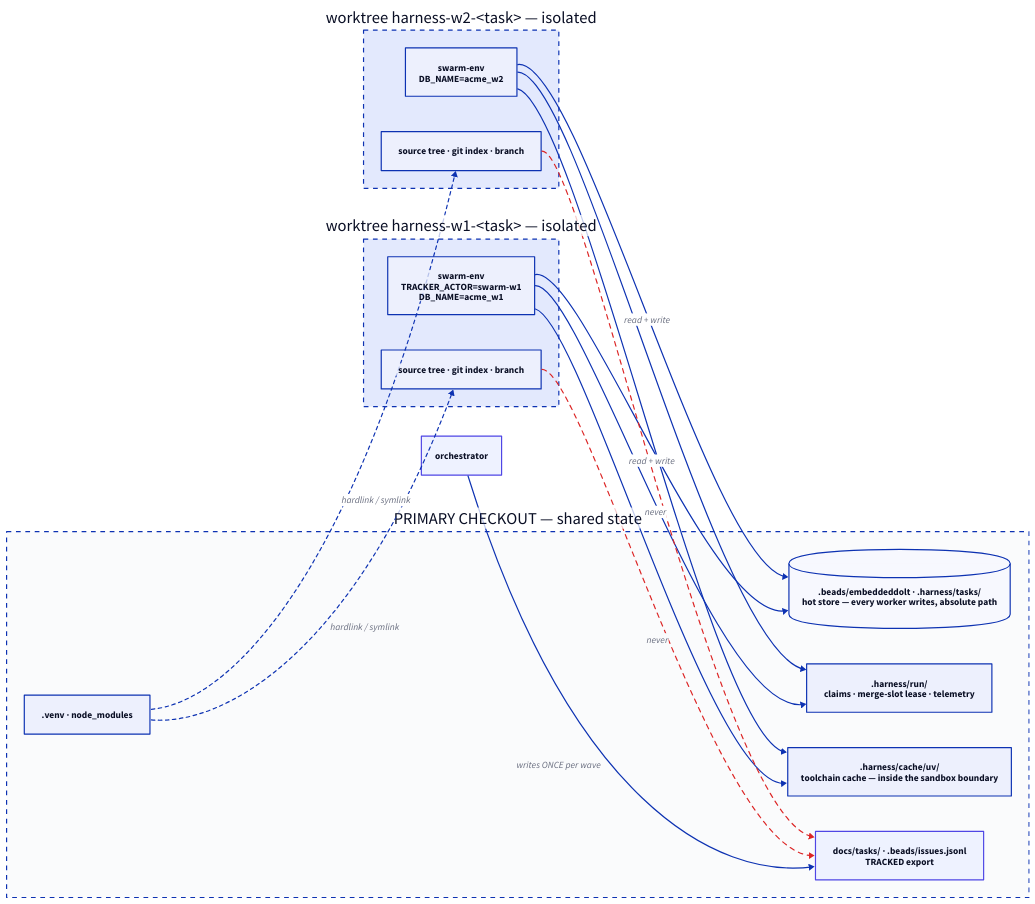
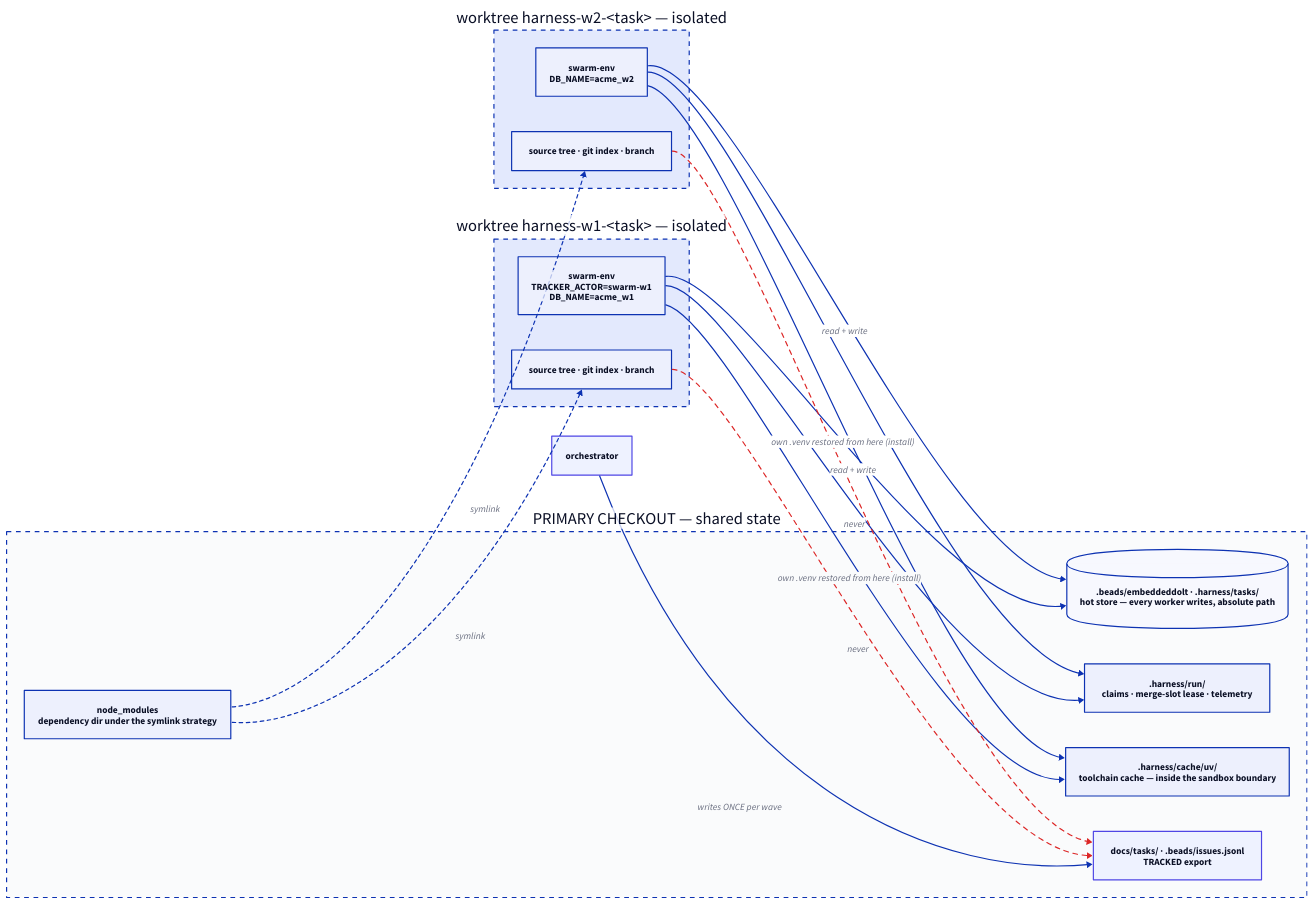
One commit to matt-chalmers/aim changed the diagram in plugins/engineering/mad-harness/docs/assets/src/state-boundaries.d2. Above: the diagram before and after it, drawn with D2. The commit also changed 2 other files, not shown here.

```diff
--- a/plugins/engineering/mad-harness/docs/assets/src/state-boundaries.d2
+++ b/plugins/engineering/mad-harness/docs/assets/src/state-boundaries.d2
@@ -1,36 +1,36 @@
 direction: right
 
 primary: "PRIMARY CHECKOUT — shared state" {
   style: { stroke-dash: 4; fill: "#fafbfc" }
   hot: { label: ".beads/embeddeddolt  ·  .harness/tasks/\nhot store — every worker writes, absolute path"; shape: cylinder }
   run: { label: ".harness/run/\nclaims · merge-slot lease · telemetry" }
   cache: { label: ".harness/cache/uv/\ntoolchain cache — inside the sandbox boundary" }
   export: { label: "docs/tasks/  ·  .beads/issues.jsonl\nTRACKED export"; style: { fill: "#eef2ff"; stroke: "#4f46e5" } }
-  deps: { label: ".venv  ·  node_modules" }
+  deps: { label: "node_modules\ndependency dir under the symlink strategy" }
 }
 
 w1: "worktree harness-w1-<task> — isolated" {
   style.stroke-dash: 4
   src1: "source tree · git index · branch"
   env1: "swarm-env\nTRACKER_ACTOR=swarm-w1\nDB_NAME=acme_w1"
 }
 
 w2: "worktree harness-w2-<task> — isolated" {
   style.stroke-dash: 4
   src2: "source tree · git index · branch"
   env2: "swarm-env\nDB_NAME=acme_w2"
 }
 
 orch: orchestrator { style: { fill: "#eef2ff"; stroke: "#4f46e5" } }
 
 w1.env1 -> primary.hot: "read + write"
 w2.env2 -> primary.hot: "read + write"
 w1.env1 -> primary.run
 w2.env2 -> primary.run
-w1.env1 -> primary.cache
-w2.env2 -> primary.cache
-primary.deps -> w1.src1: "hardlink / symlink" { style.stroke-dash: 3 }
-primary.deps -> w2.src2: "hardlink / symlink" { style.stroke-dash: 3 }
+w1.env1 -> primary.cache: "own .venv restored from here (install)"
+w2.env2 -> primary.cache: "own .venv restored from here (install)"
+primary.deps -> w1.src1: "symlink" { style.stroke-dash: 3 }
+primary.deps -> w2.src2: "symlink" { style.stroke-dash: 3 }
 orch -> primary.export: "writes ONCE per wave"
 w1.src1 -> primary.export: "never" { style: { stroke: "#dc2626"; stroke-dash: 4 } }
 w2.src2 -> primary.export: "never" { style: { stroke: "#dc2626"; stroke-dash: 4 } }
```
